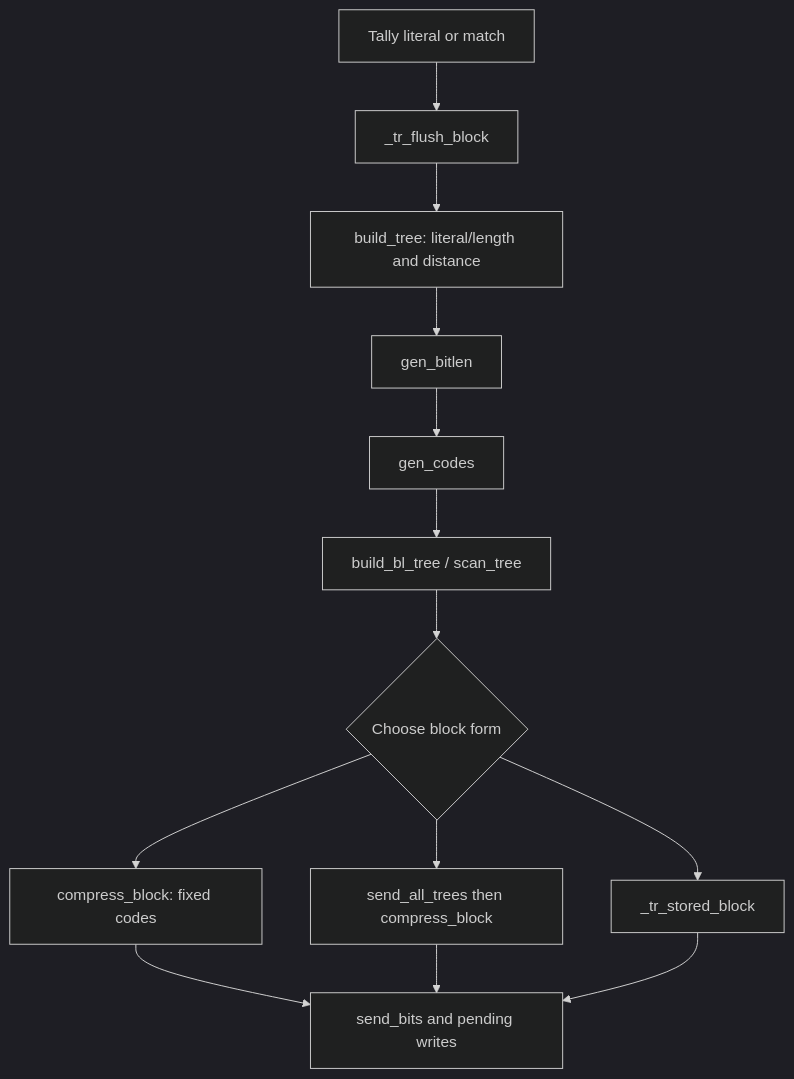
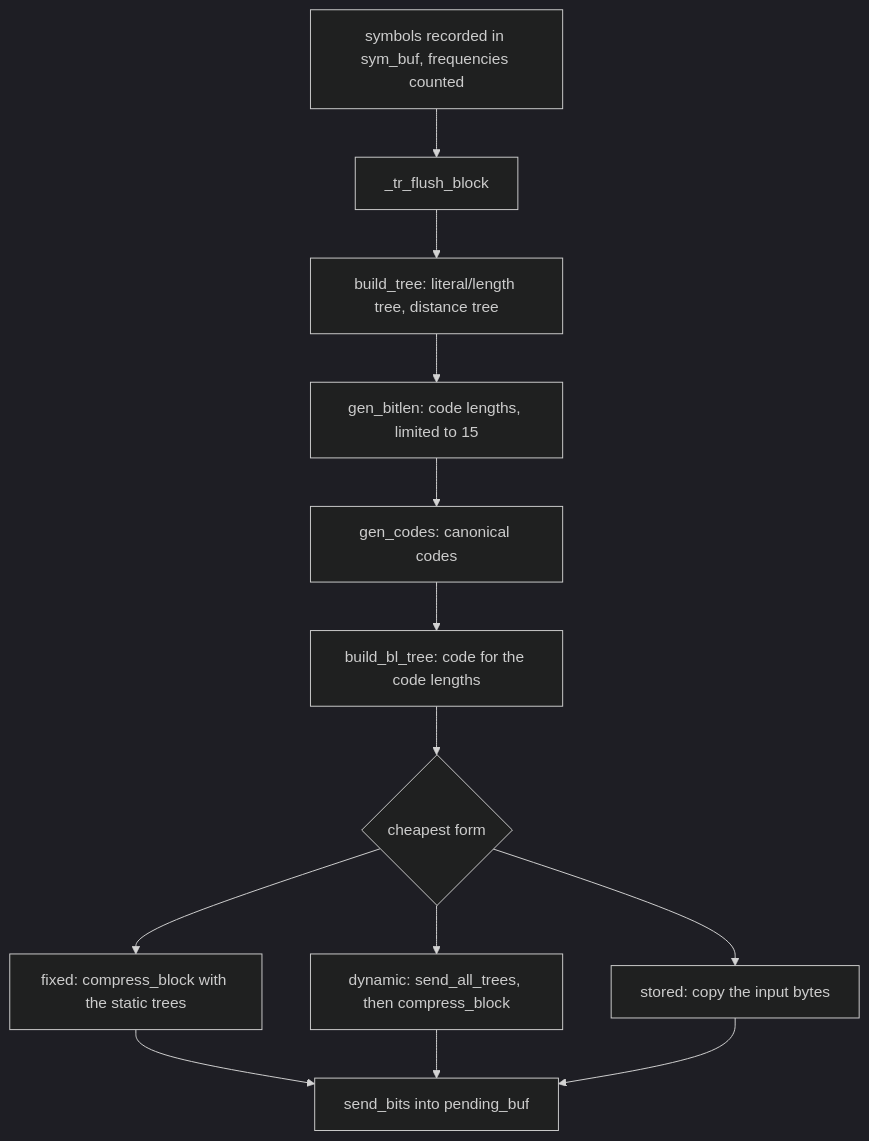
Before and after one commit to cla7aye15I4nd/oss-proof: the diagram in docs/proof/trees.md, drawn with Mermaid (dark theme). The commit also changed other lines of this file and 7 other files, not shown here.

````diff
--- a/docs/proof/trees.md
+++ b/docs/proof/trees.md
@@ -46,15 +72,15 @@
 ```mermaid
 flowchart TD
-    Tally["Tally literal or match"] --> Flush["_tr_flush_block"]
-    Flush --> Trees["build_tree: literal/length and distance"]
-    Trees --> Lengths["gen_bitlen"]
-    Lengths --> Codes["gen_codes"]
-    Codes --> BitTree["build_bl_tree / scan_tree"]
-    BitTree --> Choose{"Choose block form"}
-    Choose --> Stored["_tr_stored_block"]
-    Choose --> Fixed["compress_block: fixed codes"]
-    Choose --> Dynamic["send_all_trees then compress_block"]
-    Fixed --> Bits["send_bits and pending writes"]
+    Tally["symbols recorded in sym_buf, frequencies counted"] --> Flush["_tr_flush_block"]
+    Flush --> Trees["build_tree: literal/length tree, distance tree"]
+    Trees --> Lengths["gen_bitlen: code lengths, limited to 15"]
+    Lengths --> Codes["gen_codes: canonical codes"]
+    Codes --> BitTree["build_bl_tree: code for the code lengths"]
+    BitTree --> Choose{"cheapest form"}
+    Choose --> Stored["stored: copy the input bytes"]
+    Choose --> Fixed["fixed: compress_block with the static trees"]
+    Choose --> Dynamic["dynamic: send_all_trees, then compress_block"]
+    Fixed --> Bits["send_bits into pending_buf"]
     Dynamic --> Bits
     Stored --> Bits
 ```
````
